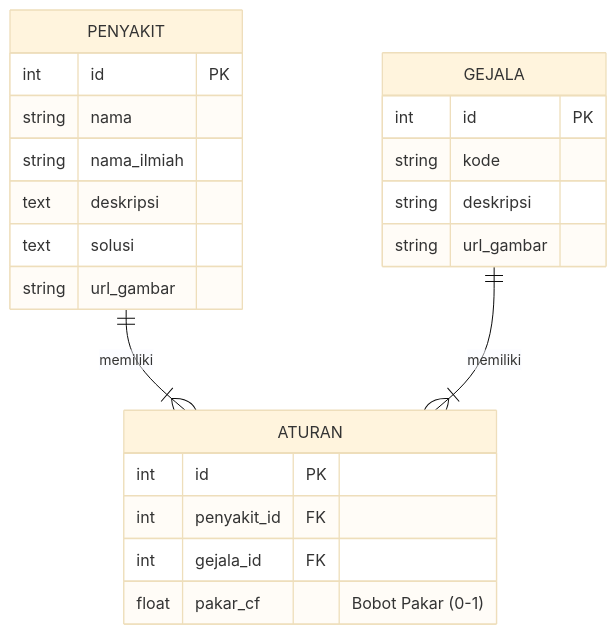
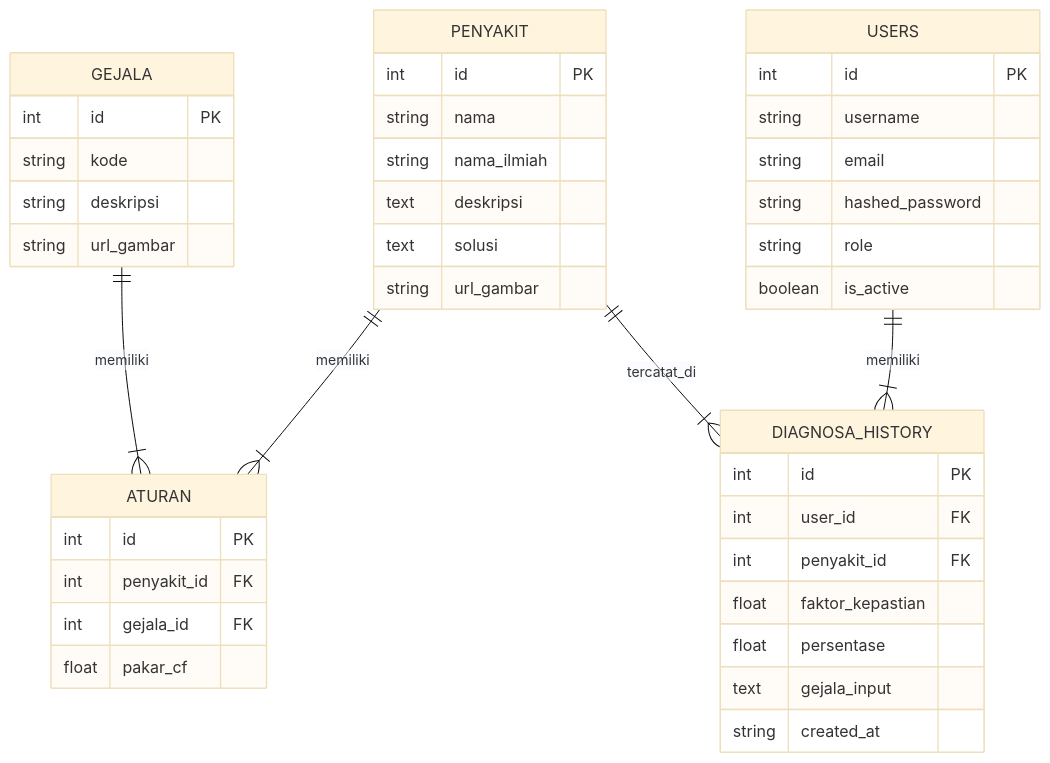
One commit to RajaSunrise/kangkungku changed the third of 7 diagrams in README.md. Above: the diagram before and after it, drawn with Mermaid (base theme). The commit also changed other lines of this file and 50 other files, not shown here.

Commit message:
update new diagram

````diff
--- a/README.md
+++ b/README.md
@@ -73,28 +73,49 @@
 ```mermaid
 erDiagram
     PENYAKIT ||--|{ ATURAN : memiliki
     GEJALA ||--|{ ATURAN : memiliki
+    USERS ||--|{ DIAGNOSA_HISTORY : memiliki
+    PENYAKIT ||--|{ DIAGNOSA_HISTORY : tercatat_di
 
     PENYAKIT {
         int id PK
         string nama
         string nama_ilmiah
         text deskripsi
         text solusi
         string url_gambar
     }
 
     GEJALA {
         int id PK
         string kode
         string deskripsi
         string url_gambar
     }
 
     ATURAN {
         int id PK
         int penyakit_id FK
         int gejala_id FK
-        float pakar_cf "Bobot Pakar (0-1)"
+        float pakar_cf
+    }
+
+    USERS {
+        int id PK
+        string username
+        string email
+        string hashed_password
+        string role
+        boolean is_active
+    }
+
+    DIAGNOSA_HISTORY {
+        int id PK
+        int user_id FK
+        int penyakit_id FK
+        float faktor_kepastian
+        float persentase
+        text gejala_input
+        string created_at
     }
 ```
````
